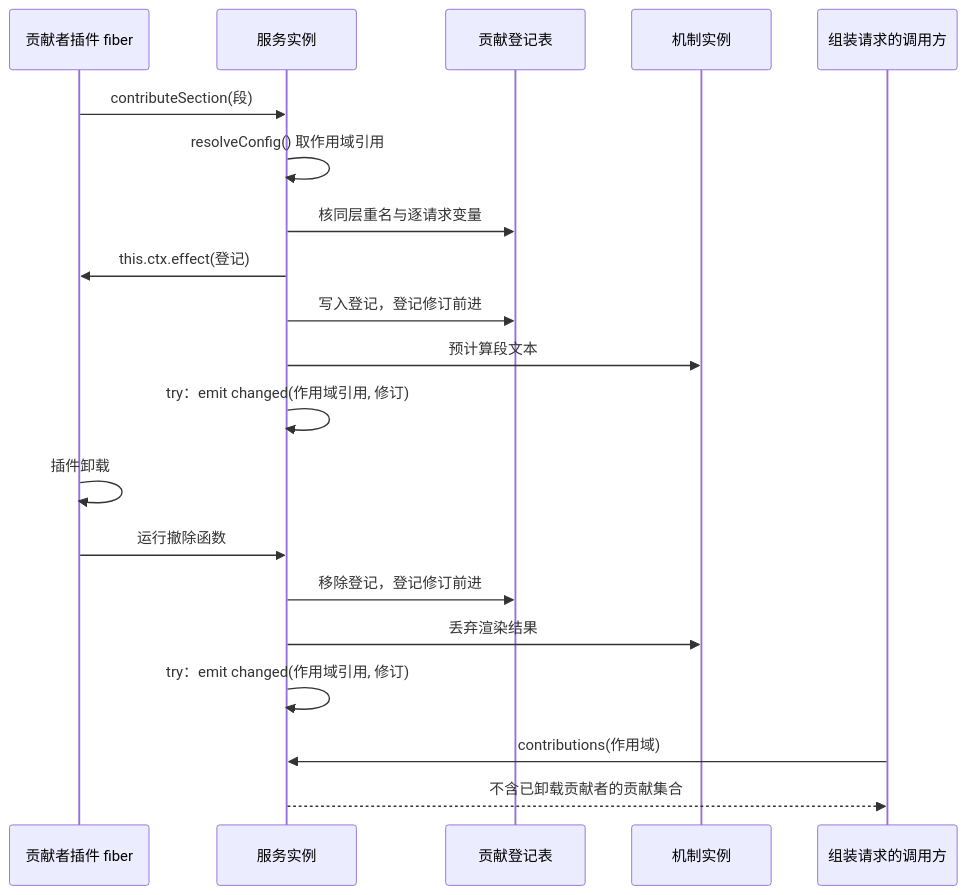
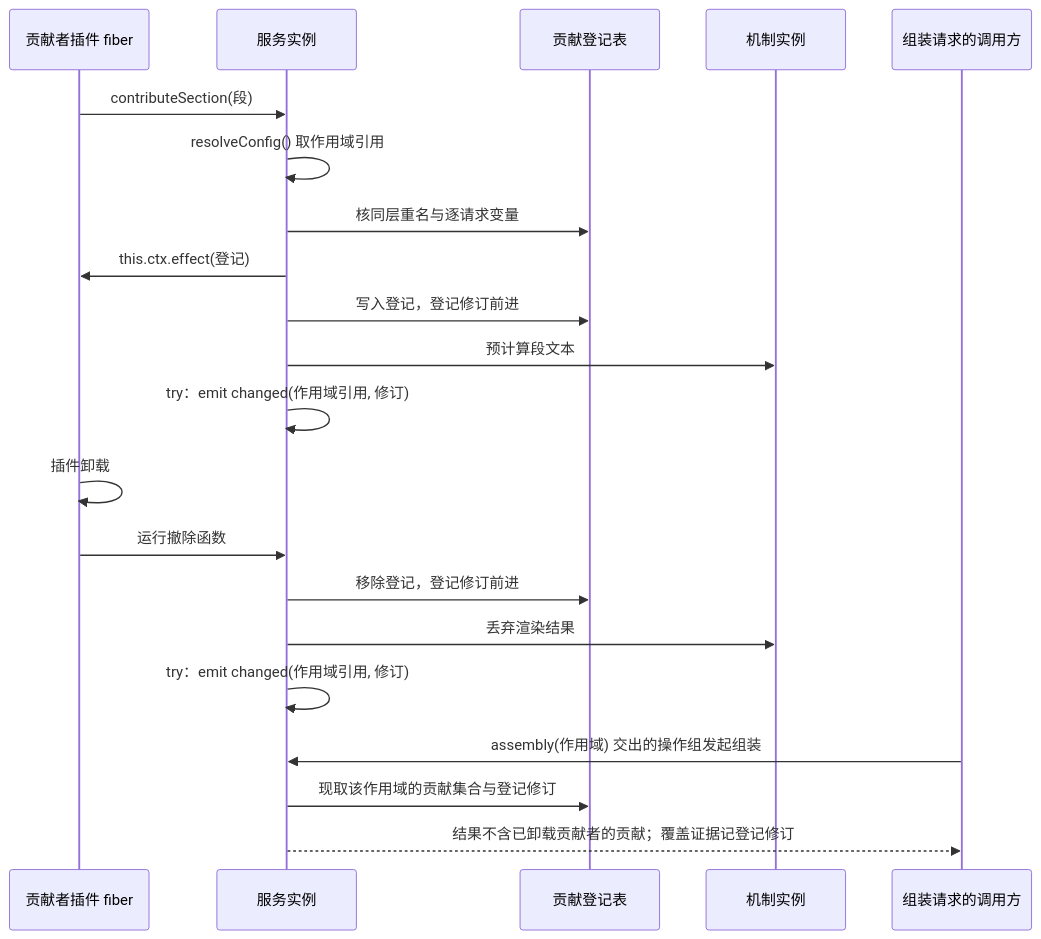
Before and after one commit to nemori-ai/omne-harness-lite: the second of 3 diagrams in packages/context/request-context-cordis/docs/flows.md, drawn with Mermaid. The commit also changed other lines of this file and 43 other files, not shown here.

````diff
--- a/packages/context/request-context-cordis/docs/flows.md
+++ b/packages/context/request-context-cordis/docs/flows.md
@@ -50,22 +50,23 @@
 ```mermaid
 sequenceDiagram
   participant CF as 贡献者插件 fiber
   participant S as 服务实例
   participant T as 贡献登记表
   participant M as 机制实例
   participant C as 组装请求的调用方
   CF->>S: contributeSection(段)
   S->>S: resolveConfig() 取作用域引用
   S->>T: 核同层重名与逐请求变量
   S->>CF: this.ctx.effect(登记)
   S->>T: 写入登记，登记修订前进
   S->>M: 预计算段文本
   S->>S: try：emit changed(作用域引用, 修订)
   CF->>CF: 插件卸载
   CF->>S: 运行撤除函数
   S->>T: 移除登记，登记修订前进
   S->>M: 丢弃渲染结果
   S->>S: try：emit changed(作用域引用, 修订)
-  C->>S: contributions(作用域)
-  S-->>C: 不含已卸载贡献者的贡献集合
+  C->>S: assembly(作用域) 交出的操作组发起组装
+  S->>T: 现取该作用域的贡献集合与登记修订
+  S-->>C: 结果不含已卸载贡献者的贡献；覆盖证据记登记修订
 ```
````
